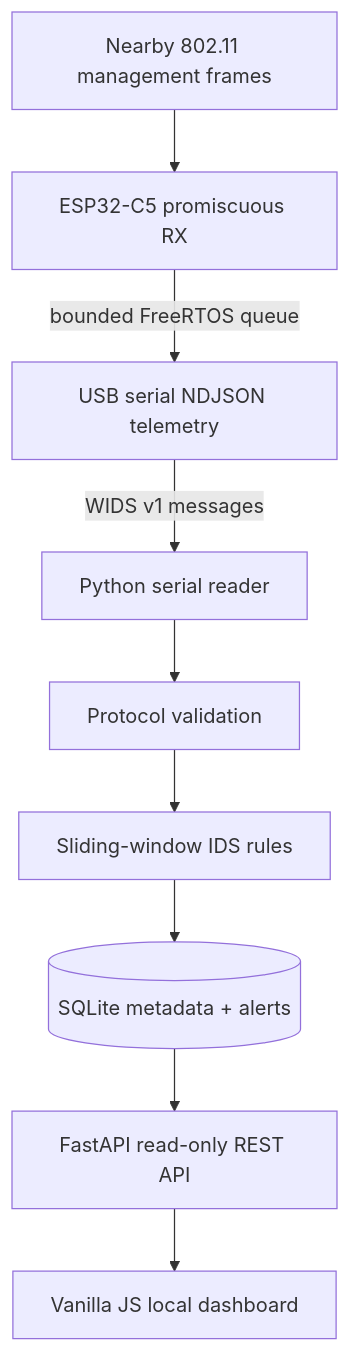
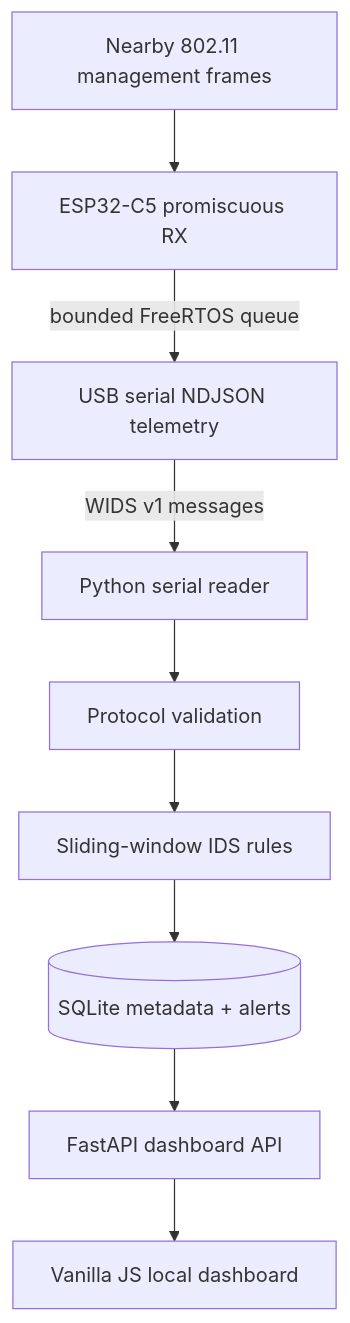
One commit to PurpleSentinel/WiFi-Sentinel changed the diagram in README.md. Above: the diagram before and after it, drawn with Mermaid. The commit also changed other lines of this file and 20 other files, not shown here.

````diff
--- a/README.md
+++ b/README.md
@@ -64,11 +67,11 @@
 ```mermaid
 flowchart TD
   RF[Nearby 802.11 management frames] --> C5[ESP32-C5 promiscuous RX]
   C5 -->|bounded FreeRTOS queue| EXPORT[USB serial NDJSON telemetry]
   EXPORT -->|WIDS v1 messages| READ[Python serial reader]
   READ --> VALIDATE[Protocol validation]
   VALIDATE --> DETECT[Sliding-window IDS rules]
   DETECT --> DB[(SQLite metadata + alerts)]
-  DB --> API[FastAPI read-only REST API]
+  DB --> API[FastAPI dashboard API]
   API --> UI[Vanilla JS local dashboard]
 ```
````
